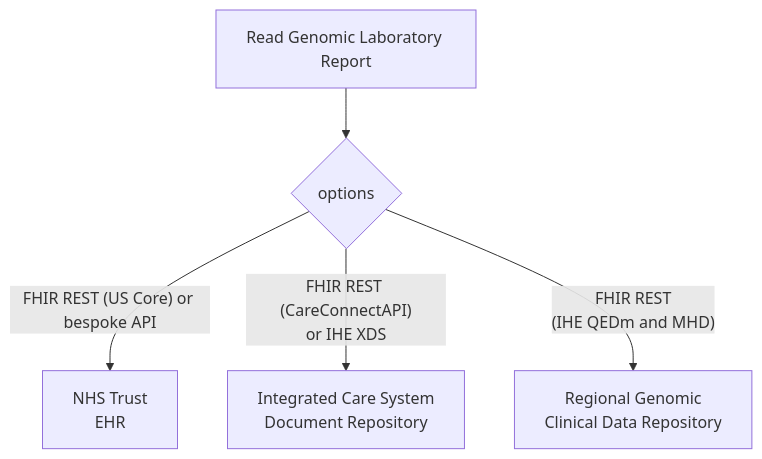
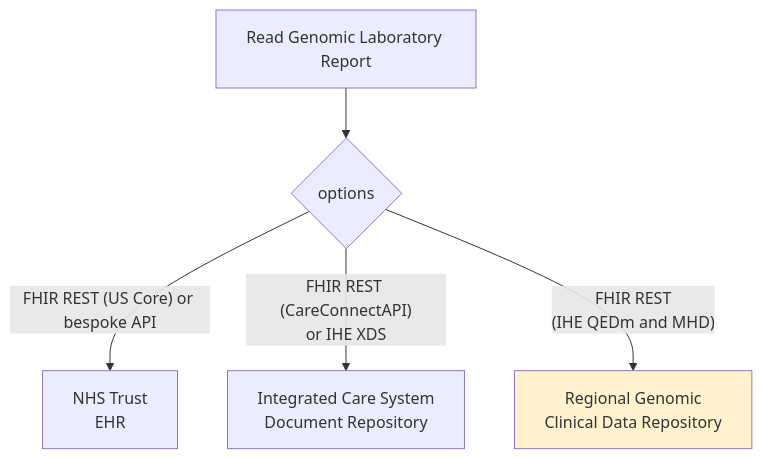
One commit to uk-gov-mirror/nw-gmsa.nw-gmsa.github.com changed the second of 6 diagrams in input/pagecontent/index.md. Above: the diagram before and after it, drawn with Mermaid. The commit also changed other lines of this file, not shown here.

````diff
--- a/input/pagecontent/index.md
+++ b/input/pagecontent/index.md
@@ -63,7 +63,10 @@
 ```mermaid
 graph TD;
     Read[Read Genomic Laboratory Report]-->O
     O{options} --> |"FHIR REST (US Core) or bespoke API"| EHR[NHS Trust<br/>EHR] 
     O --> |"FHIR REST (CareConnectAPI)<br/>or IHE XDS"| ICS[Integrated Care System <br/> Document Repository]
     O --> |"FHIR REST<br/>(IHE QEDm and MHD)"| CDR[Regional Genomic<br/> Clinical Data Repository]
+    
+    classDef yellow fill:#FFF2CC;
+    class CDR yellow;
 ```
````
